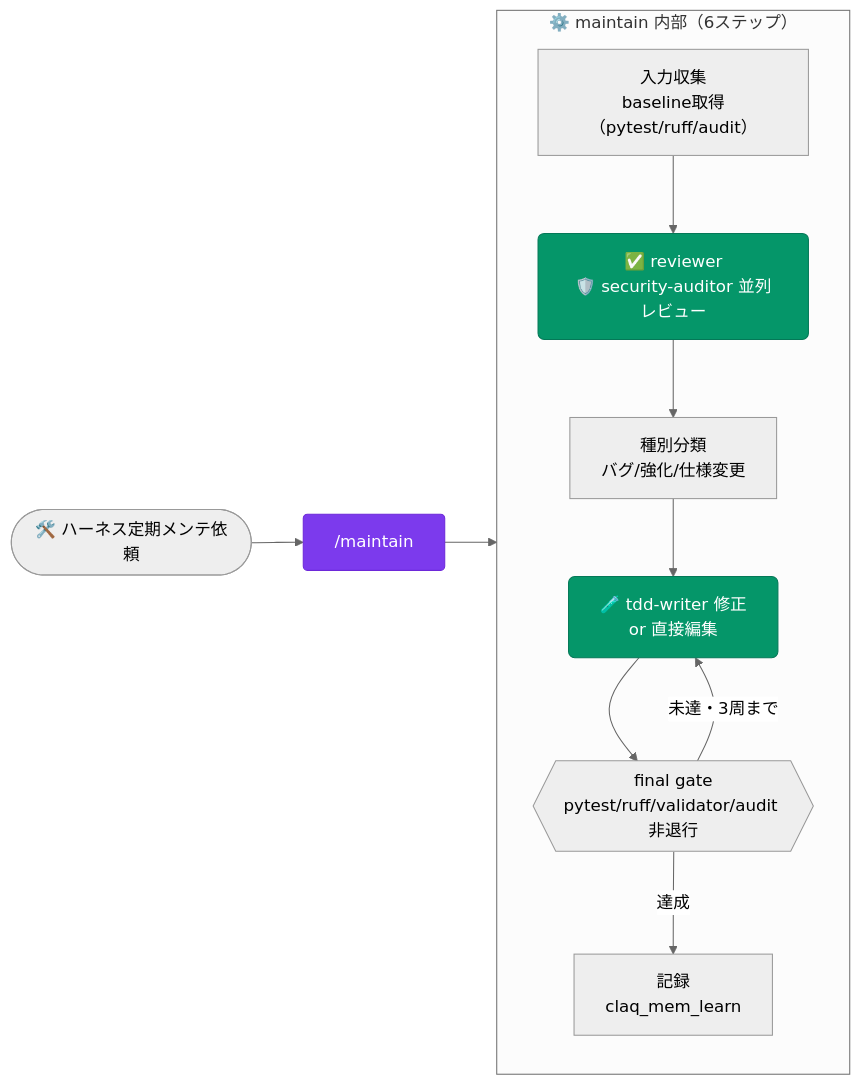
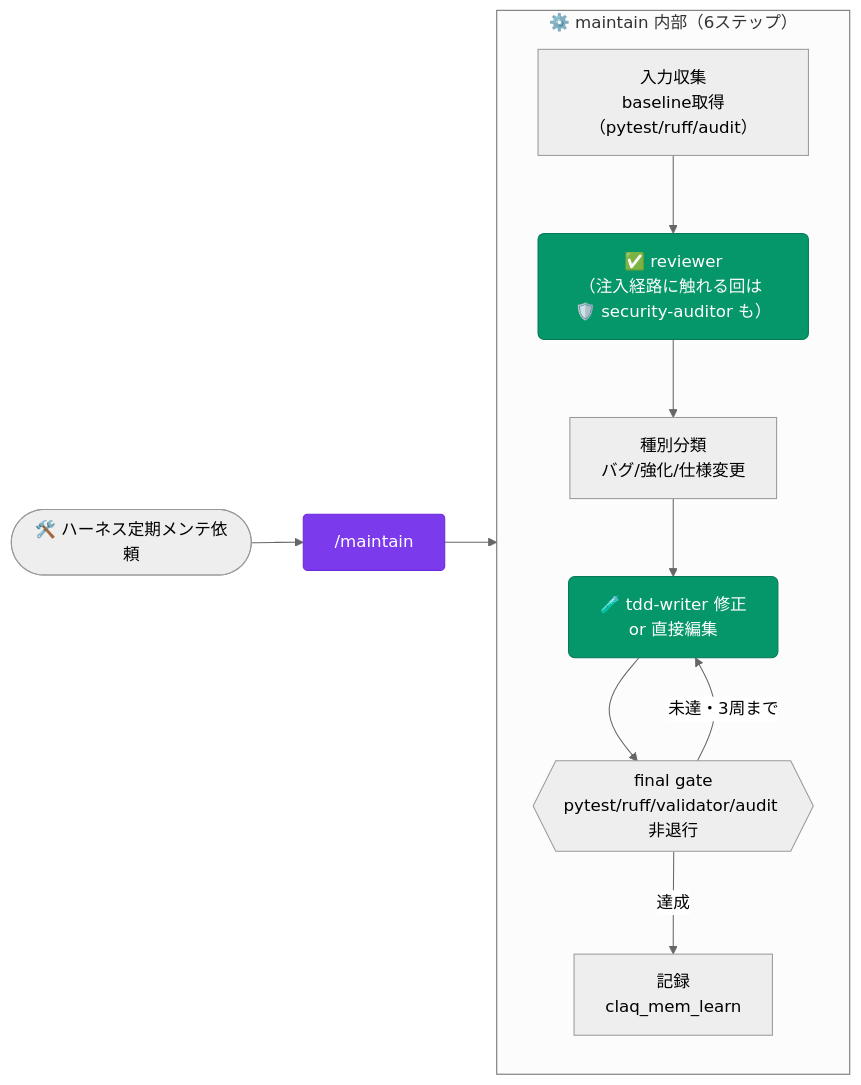
Diagram 11 of 20 in README.md (aokumablue/claq), drawn with Mermaid (neutral theme) before and after one commit. The commit also changed other lines of this file and 4 other files, not shown here.

Commit message:
refactor(defs): security-auditor の起動を /review・/refactor・maintain でも入口に触れる変更だけにする

````diff
--- a/README.md
+++ b/README.md
@@ -505,19 +505,19 @@
 ```mermaid
 flowchart LR
   classDef agent  fill:#059669,stroke:#047857,color:#fff,rx:6
   classDef skill  fill:#7c3aed,stroke:#6d28d9,color:#fff,rx:4
 
   U(["🛠️ ハーネス定期メンテ依頼"]) --> CM["/maintain"]:::skill
 
   subgraph maintain["⚙️ maintain 内部（6ステップ）"]
     direction TB
-    IN["入力収集<br/>baseline取得（pytest/ruff/audit）"] --> RV["✅ reviewer<br/>🛡️ security-auditor 並列レビュー"]:::agent
+    IN["入力収集<br/>baseline取得（pytest/ruff/audit）"] --> RV["✅ reviewer<br/>（注入経路に触れる回は 🛡️ security-auditor も）"]:::agent
     RV --> CLS["種別分類<br/>バグ/強化/仕様変更"]
     CLS --> FIX["🧪 tdd-writer 修正<br/>or 直接編集"]:::agent
     FIX --> GATE{{"final gate<br/>pytest/ruff/validator/audit 非退行"}}
     GATE -->|未達・3周まで| FIX
     GATE -->|達成| REC["記録<br/>claq_mem_learn"]
   end
 
   CM --> maintain
 ```
````
